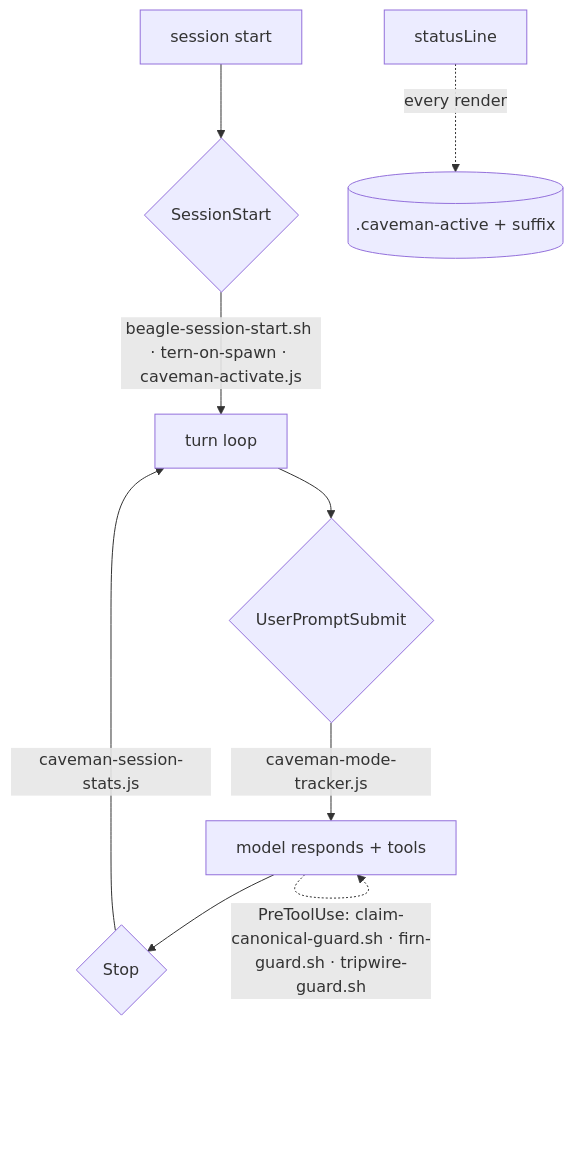
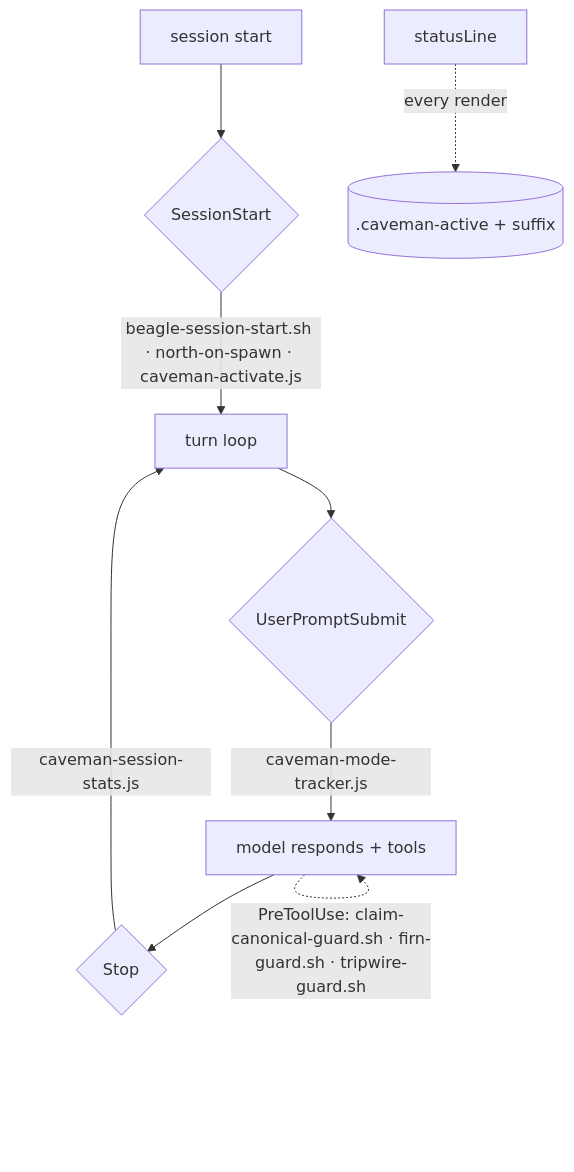
Before and after one commit to tompassarelli/firn: the diagram in docs/claude/02-local-map.md, drawn with Mermaid. The commit also changed other lines of this file and 7 other files, not shown here.

Commit message:
rename residuals: tern->north in meta-tooling + docs/claude (03-tern.md -> 03-north.md)

````diff
--- a/docs/claude/02-local-map.md
+++ b/docs/claude/02-local-map.md
@@ -49,11 +49,11 @@
 ```mermaid
 flowchart TD
   A[session start] --> B{SessionStart}
-  B -->|"beagle-session-start.sh · tern-on-spawn · caveman-activate.js"| C[turn loop]
+  B -->|"beagle-session-start.sh · north-on-spawn · caveman-activate.js"| C[turn loop]
   C --> D{UserPromptSubmit}
   D -->|"caveman-mode-tracker.js"| E["model responds + tools"]
   E -.->|"PreToolUse: claim-canonical-guard.sh · firn-guard.sh · tripwire-guard.sh"| E
   E --> F{Stop}
   F -->|"caveman-session-stats.js"| C
   G[statusLine] -.->|"every render"| Hs[(".caveman-active + suffix")]
 ```
````
